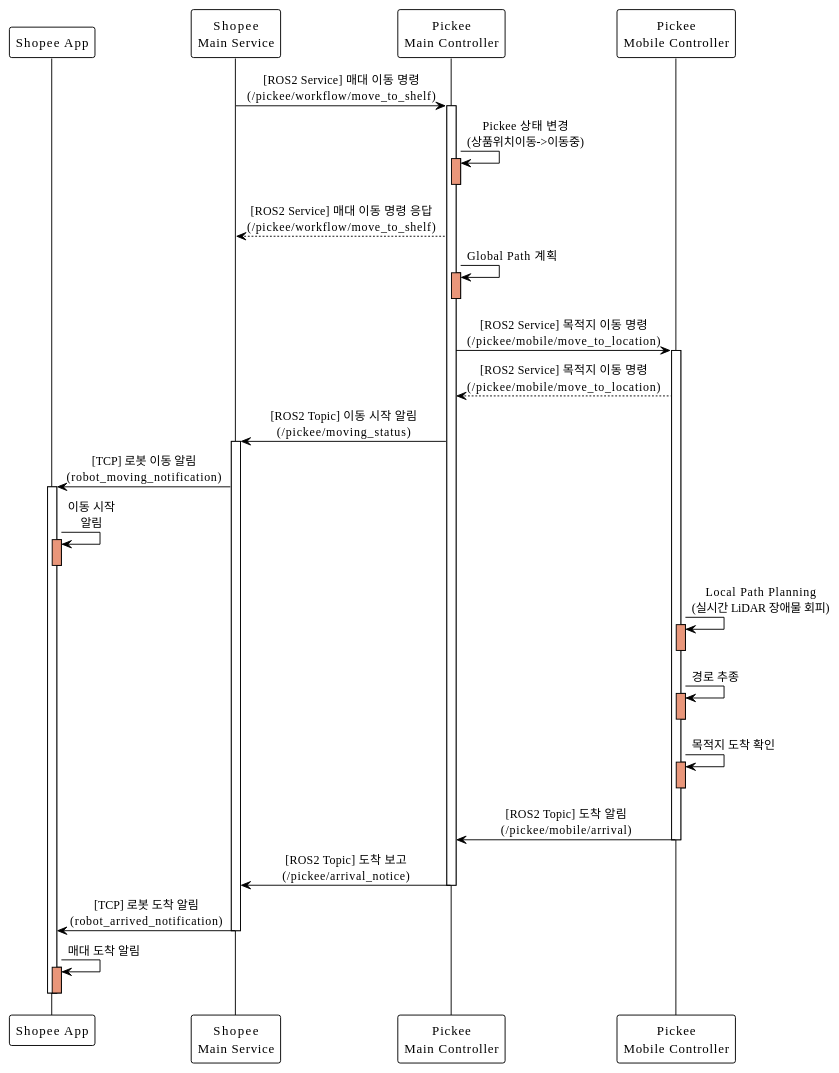
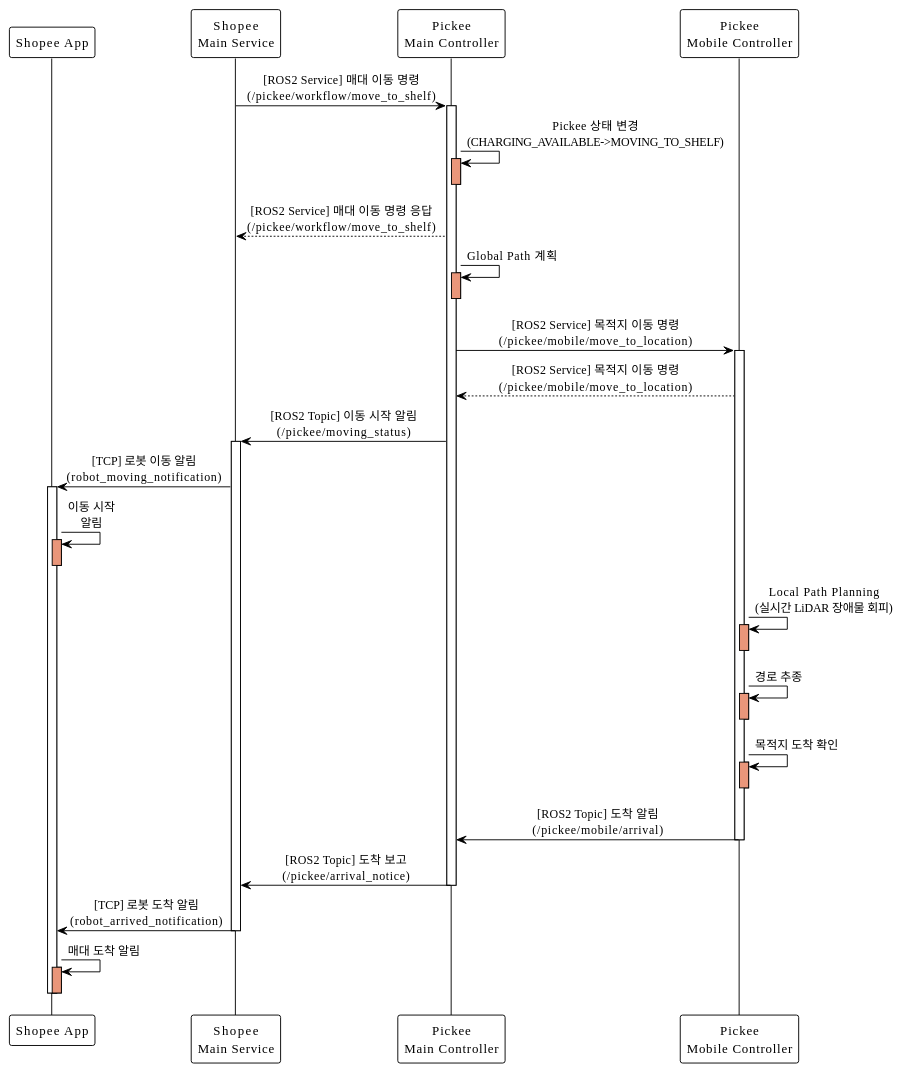
Before and after one commit to addinedu-roscamp-7th/roscamp-repo-1: the diagram in docs/SequenceDiagram/SC_02_1.md, drawn with PlantUML. The commit also changed 18 other files, not shown here.

```diff
--- a/docs/SequenceDiagram/SC_02_1.md
+++ b/docs/SequenceDiagram/SC_02_1.md
@@ -1,66 +1,66 @@
 @startuml SC_02_1
 !theme plain
 skinparam backgroundColor #FFFFFF
 skinparam sequenceMessageAlign center
 
 participant "Shopee App" as app
 participant "Shopee\nMain Service" as main
 participant "Pickee\nMain Controller" as pickee_main
 participant "Pickee\nMobile Controller" as pickee_mobile
 
 main -> pickee_main: [ROS2 Service] 매대 이동 명령\n(/pickee/workflow/move_to_shelf)
 activate pickee_main
 
-pickee_main -> pickee_main: Pickee 상태 변경\n(상품위치이동->이동중)
+pickee_main -> pickee_main: Pickee 상태 변경\n(CHARGING_AVAILABLE->MOVING_TO_SHELF)
 activate pickee_main #DarkSalmon
 deactivate pickee_main
 
 pickee_main --> main: [ROS2 Service] 매대 이동 명령 응답\n(/pickee/workflow/move_to_shelf)
 
 pickee_main -> pickee_main: Global Path 계획
 activate pickee_main #DarkSalmon
 deactivate pickee_main
 
 pickee_main -> pickee_mobile: [ROS2 Service] 목적지 이동 명령\n(/pickee/mobile/move_to_location)
 activate pickee_mobile
 
 pickee_mobile --> pickee_main: [ROS2 Service] 목적지 이동 명령\n(/pickee/mobile/move_to_location)
 
 pickee_main -> main: [ROS2 Topic] 이동 시작 알림\n(/pickee/moving_status)
 activate main
 
 main -> app: [TCP] 로봇 이동 알림\n(robot_moving_notification)
 activate app
 
 app -> app: 이동 시작\n알림
 activate app #DarkSalmon
 deactivate app
 
 pickee_mobile -> pickee_mobile: Local Path Planning\n(실시간 LiDAR 장애물 회피)
 activate pickee_mobile #DarkSalmon
 deactivate pickee_mobile
 
 pickee_mobile -> pickee_mobile: 경로 추종
 activate pickee_mobile #DarkSalmon
 deactivate pickee_mobile
 
 pickee_mobile -> pickee_mobile: 목적지 도착 확인
 activate pickee_mobile #DarkSalmon
 deactivate pickee_mobile
 
 pickee_mobile -> pickee_main: [ROS2 Topic] 도착 알림\n(/pickee/mobile/arrival)
 deactivate pickee_mobile
 
 pickee_main -> main: [ROS2 Topic] 도착 보고\n(/pickee/arrival_notice)
 deactivate pickee_main
 
 main -> app: [TCP] 로봇 도착 알림\n(robot_arrived_notification)
 deactivate main
 
 app -> app: 매대 도착 알림
 activate app #DarkSalmon
 deactivate app
 
 deactivate app
 
 @enduml
```
